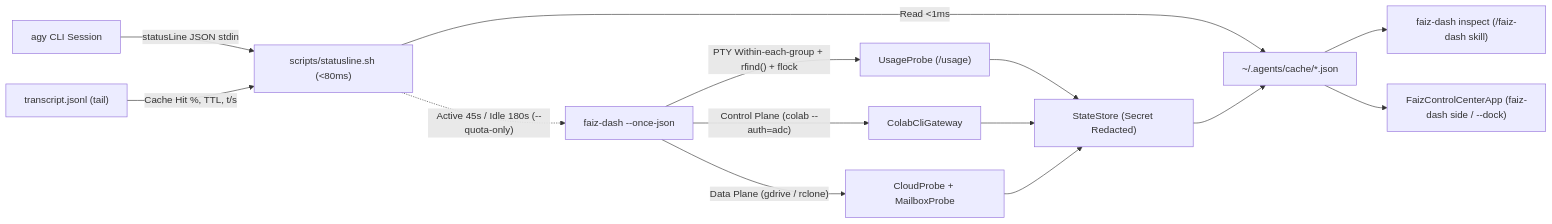
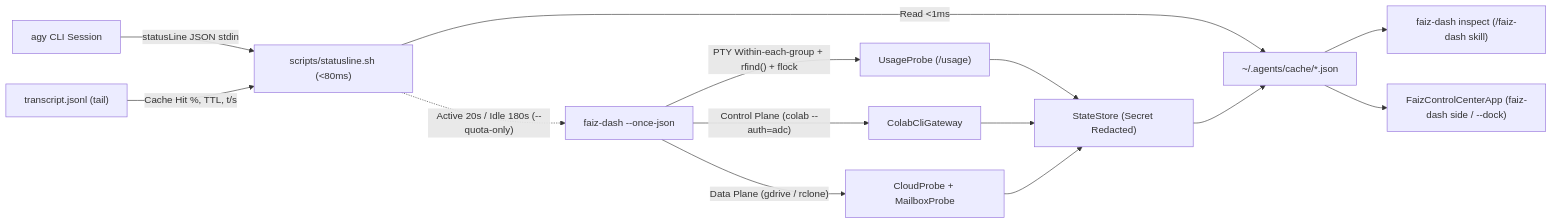
One commit to Jamie-z-Jianmin/faiz-control-center changed the diagram in README.md. Above: the diagram before and after it, drawn with Mermaid. The commit also changed other lines of this file and 7 other files, not shown here.

````diff
--- a/README.md
+++ b/README.md
@@ -38,16 +38,16 @@
 ```mermaid
 flowchart LR
     Agy["agy CLI Session"] -->|"statusLine JSON stdin"| SL["scripts/statusline.sh (<80ms)"]
     Transcript["transcript.jsonl (tail)"] -->|"Cache Hit %, TTL, t/s"| SL
     SL -->|"Read <1ms"| Cache["~/.agents/cache/*.json"]
-    SL -.->|"Active 45s / Idle 180s (--quota-only)"| Daemon["faiz-dash --once-json"]
+    SL -.->|"Active 20s / Idle 180s (--quota-only)"| Daemon["faiz-dash --once-json"]
     Daemon -->|"PTY Within-each-group + rfind() + flock"| Usage["UsageProbe (/usage)"]
     Daemon -->|"Control Plane (colab --auth=adc)"| Colab["ColabCliGateway"]
     Daemon -->|"Data Plane (gdrive / rclone)"| Cloud["CloudProbe + MailboxProbe"]
     Usage --> Store["StateStore (Secret Redacted)"]
     Colab --> Store
     Cloud --> Store
     Store --> Cache
     Cache --> Inspect["faiz-dash inspect (/faiz-dash skill)"]
     Cache --> TUI["FaizControlCenterApp (faiz-dash side / --dock)"]
 ```
````
